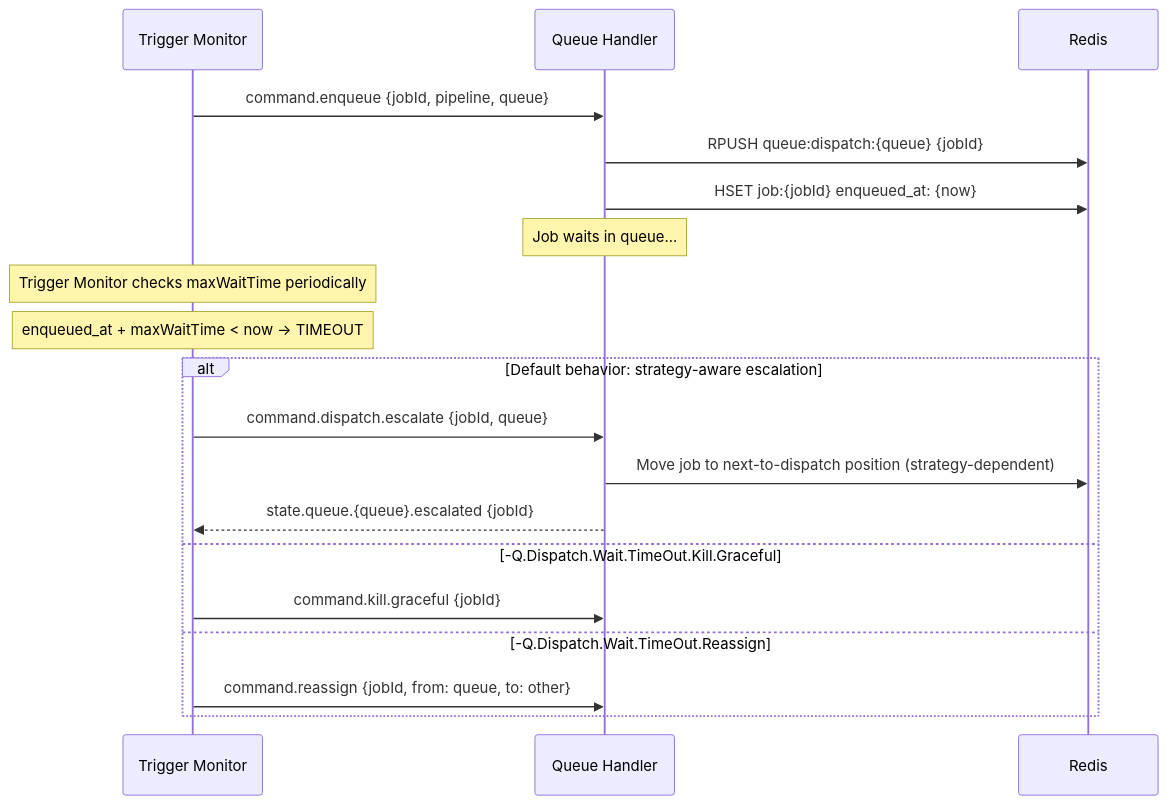
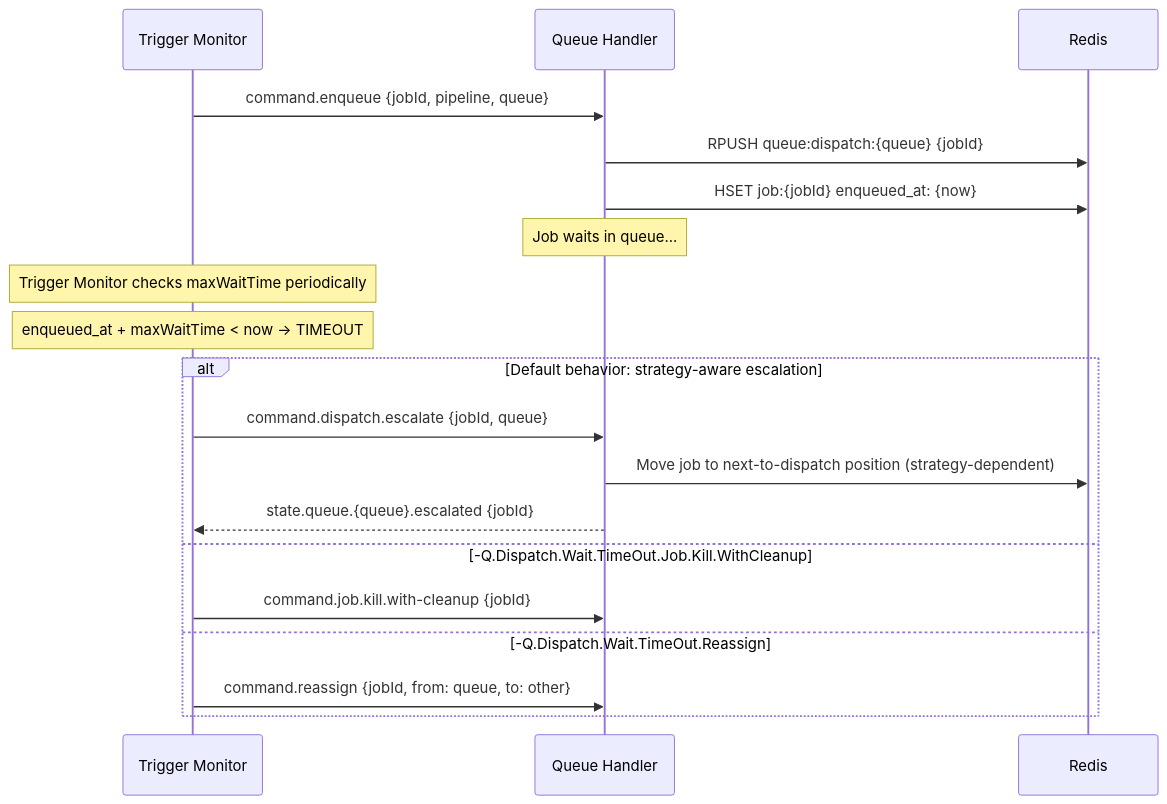
One commit to hasan-alj88/Polyglot changed the fourth of 5 diagrams in docs/technical/plan/queue-manager/sequence-diagrams.md. Above: the diagram before and after it, drawn with Mermaid. The commit also changed other lines of this file and 8 other files, not shown here.

````diff
--- a/docs/technical/plan/queue-manager/sequence-diagrams.md
+++ b/docs/technical/plan/queue-manager/sequence-diagrams.md
@@ -137,25 +137,25 @@
 ```mermaid
 sequenceDiagram
     participant TM as Trigger Monitor
     participant QH as Queue Handler
     participant Redis
 
     TM->>QH: command.enqueue {jobId, pipeline, queue}
     QH->>Redis: RPUSH queue:dispatch:{queue} {jobId}
     QH->>Redis: HSET job:{jobId} enqueued_at: {now}
 
     Note over QH: Job waits in queue...
 
     Note over TM: Trigger Monitor checks maxWaitTime periodically
     Note over TM: enqueued_at + maxWaitTime < now → TIMEOUT
 
     alt Default behavior: strategy-aware escalation
         TM->>QH: command.dispatch.escalate {jobId, queue}
         QH->>Redis: Move job to next-to-dispatch position (strategy-dependent)
         QH-->>TM: state.queue.{queue}.escalated {jobId}
-    else -Q.Dispatch.Wait.TimeOut.Kill.Graceful
-        TM->>QH: command.kill.graceful {jobId}
+    else -Q.Dispatch.Wait.TimeOut.Job.Kill.WithCleanup
+        TM->>QH: command.job.kill.with-cleanup {jobId}
     else -Q.Dispatch.Wait.TimeOut.Reassign
         TM->>QH: command.reassign {jobId, from: queue, to: other}
     end
 ```
````
